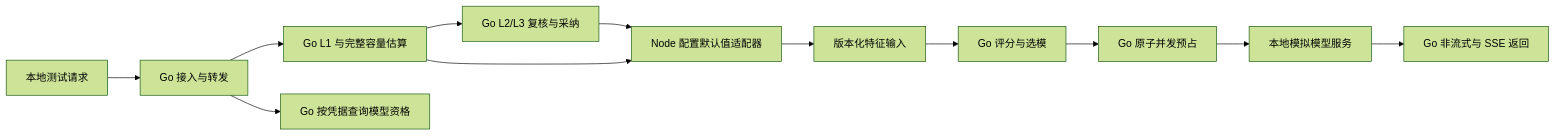
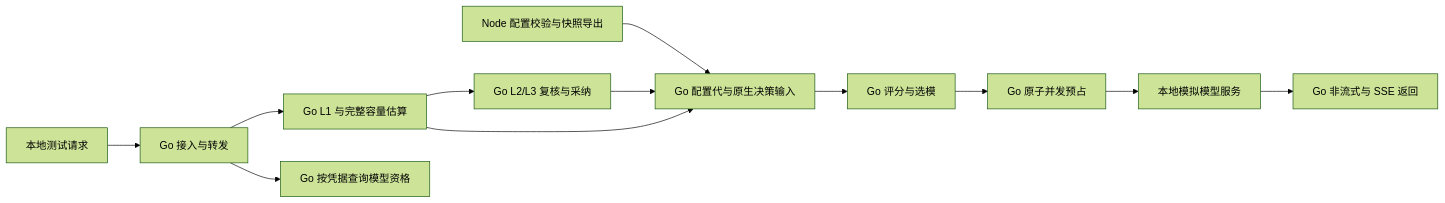
The diagram in go-core/README.md (xwbmotor/cmtoken-auto-model-router), drawn with Mermaid (forest theme) before and after one commit. The commit also changed other lines of this file and 25 other files, not shown here.

````diff
--- a/go-core/README.md
+++ b/go-core/README.md
@@ -9,14 +9,14 @@
 ```mermaid
 flowchart LR
     Client[本地测试请求] --> Gateway[Go 接入与转发]
     Gateway --> Analysis[Go L1 与完整容量估算]
     Gateway --> Scope[Go 按凭据查询模型资格]
     Analysis --> Semantic[Go L2/L3 复核与采纳]
-    Semantic --> Adapter
-    Analysis --> Adapter[Node 配置默认值适配器]
-    Adapter --> Features[版本化特征输入]
+    Config[Node 配置校验与快照导出] --> Features[Go 配置代与原生决策输入]
+    Semantic --> Features
+    Analysis --> Features
     Features --> Kernel[Go 评分与选模]
     Kernel --> Admission[Go 原子并发预占]
     Admission --> Mock[本地模拟模型服务]
     Mock --> Stream[Go 非流式与 SSE 返回]
 ```
````
